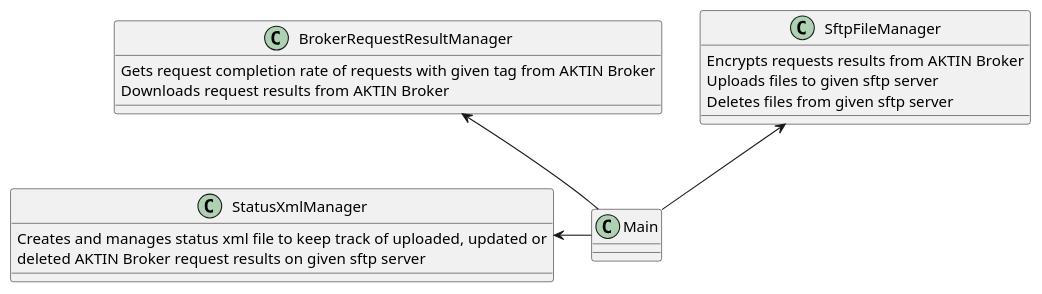
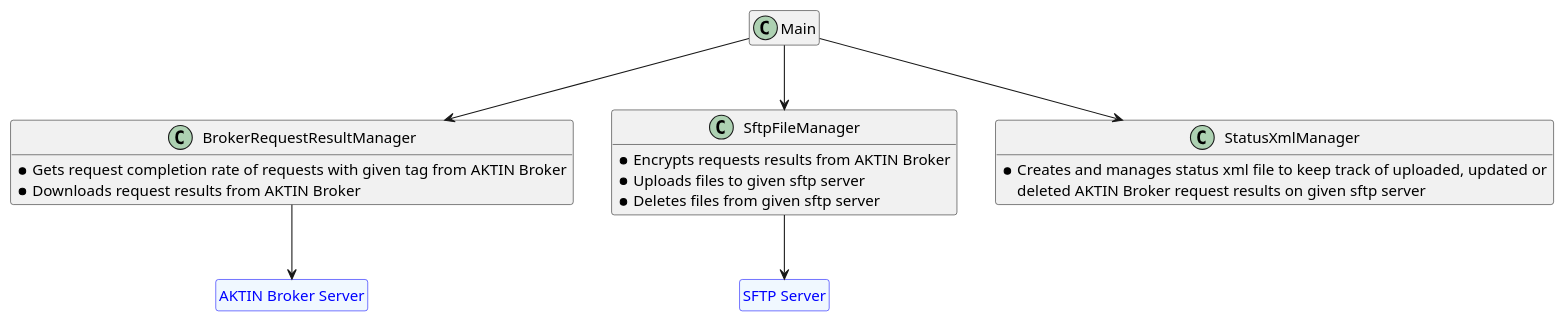
The diagram in docs/components.puml (aktin/broker-sftp-uploader), drawn with PlantUML before and after one commit. The commit also changed 2 other files, not shown here.

Commit message:
adjusted components.puml, updated sequence diagramm in plantuml

```diff
--- a/docs/components.puml
+++ b/docs/components.puml
@@ -1,24 +1,42 @@
 @startuml
 'https://plantuml.com/class-diagram
+hide methods
+
+class "AKTIN Broker Server" as broker
+hide broker members
+hide broker circle
+class broker #aliceblue;line:blue;text:blue
+
+class "SFTP Server" as sftp
+hide sftp members
+hide sftp circle
+class sftp #aliceblue;line:blue;text:blue
 
 class BrokerRequestResultManager {
-Gets request completion rate of requests with given tag from AKTIN Broker
-Downloads request results from AKTIN Broker
+* Gets request completion rate of requests with given tag from AKTIN Broker
+* Downloads request results from AKTIN Broker
 }
 
 class SftpFileManager {
-Encrypts requests results from AKTIN Broker
-Uploads files to given sftp server
-Deletes files from given sftp server
+* Encrypts requests results from AKTIN Broker
+* Uploads files to given sftp server
+* Deletes files from given sftp server
 }
 
 class StatusXmlManager {
-Creates and manages status xml file to keep track of uploaded, updated or
+* Creates and manages status xml file to keep track of uploaded, updated or
 deleted AKTIN Broker request results on given sftp server
 }
 
-BrokerRequestResultManager <-- Main
-SftpFileManager <-- Main
-StatusXmlManager <- Main
+class Main {}
+hide Main members
+
+Main --> BrokerRequestResultManager
+BrokerRequestResultManager --> broker
+
+Main --> SftpFileManager
+SftpFileManager --> sftp
+
+Main --> StatusXmlManager
 
 @enduml
```
